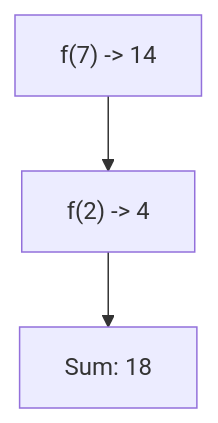
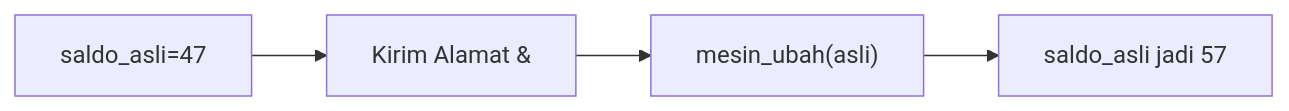
Diagram 14 of 25 in part-c-pemahaman-cpp/04-fungsi/latihan/set-02.md (amnahwaida/OSNK_INF_PREP), drawn with Mermaid before and after one commit. The commit also changed other lines of this file and 71 other files, not shown here.

````diff
--- a/part-c-pemahaman-cpp/04-fungsi/latihan/set-02.md
+++ b/part-c-pemahaman-cpp/04-fungsi/latihan/set-02.md
@@ -369,5 +385,6 @@
 ```mermaid
-graph TD
-A["f(7) -> 14"] --> B["f(2) -> 4"]
-B --> C["Sum: 18"]
+graph LR
+A["saldo_asli=47"] --> B["Kirim Alamat &"]
+B --> C["mesin_ubah(asli)"]
+C --> D["saldo_asli jadi 57"]
 ```
````
